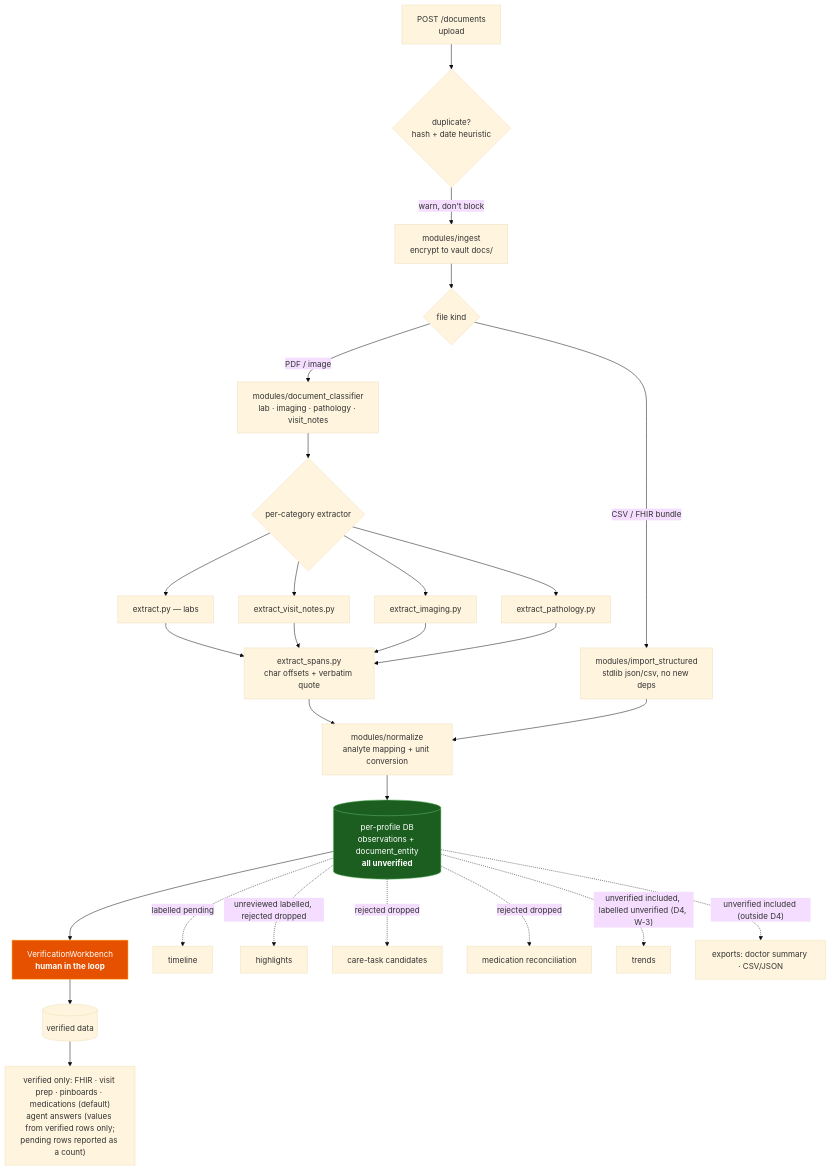
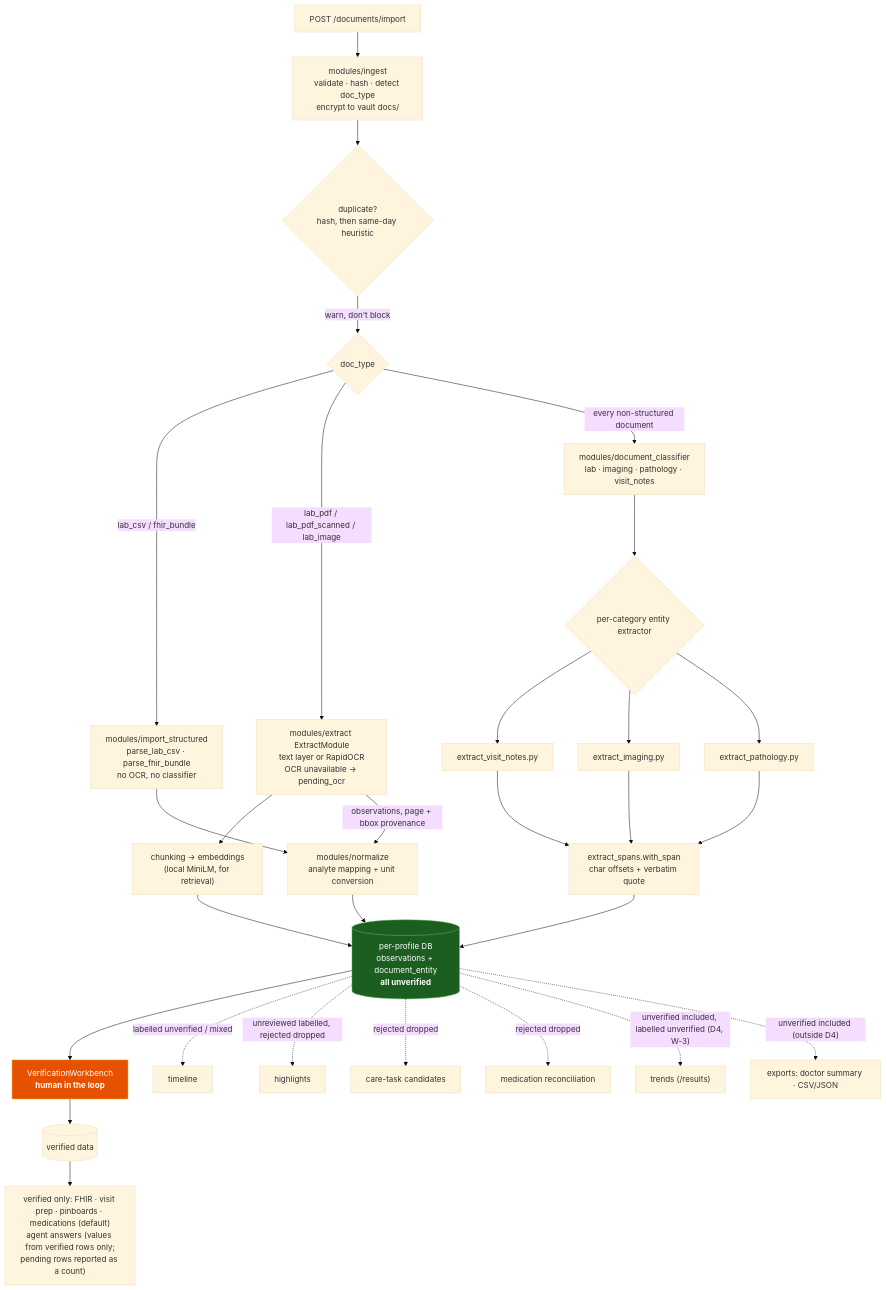
The first of 3 diagrams in docs/architecture/pipelines.md (BrooklynD23/HealthCentral), drawn with Mermaid (base theme) before and after one commit. The commit also changed other lines of this file and 20 other files, not shown here.

````diff
--- a/docs/architecture/pipelines.md
+++ b/docs/architecture/pipelines.md
@@ -17,35 +18,38 @@
 ```mermaid
 flowchart TD
-    UP["POST /documents<br/>upload"] --> DUP{"duplicate?<br/>hash + date heuristic"}
-    DUP -->|warn, don't block| ING["modules/ingest<br/>encrypt to vault docs/"]
+    UP["POST /documents/import"] --> ING["modules/ingest<br/>validate · hash · detect doc_type<br/>encrypt to vault docs/"]
+    ING --> DUP{"duplicate?<br/>hash, then same-day heuristic"}
+    DUP -->|"warn, don't block"| KIND{"doc_type"}
 
-    ING --> KIND{"file kind"}
-    KIND -->|"PDF / image"| CLS["modules/document_classifier<br/>lab · imaging · pathology · visit_notes"]
-    KIND -->|"CSV / FHIR bundle"| STRUCT["modules/import_structured<br/>stdlib json/csv, no new deps"]
+    KIND -->|"lab_csv / fhir_bundle"| STRUCT["modules/import_structured<br/>parse_lab_csv · parse_fhir_bundle<br/>no OCR, no classifier"]
+    KIND -->|"lab_pdf / lab_pdf_scanned / lab_image"| LAB["modules/extract ExtractModule<br/>text layer or RapidOCR<br/>OCR unavailable → pending_ocr"]
+    KIND -->|"every non-structured document"| CLS["modules/document_classifier<br/>lab · imaging · pathology · visit_notes"]
 
-    CLS --> EXT{"per-category extractor"}
-    EXT --> E1["extract.py — labs"]
+    LAB --> CHUNK["chunking → embeddings<br/>(local MiniLM, for retrieval)"]
+    CLS --> EXT{"per-category entity extractor"}
     EXT --> E2["extract_visit_notes.py"]
     EXT --> E3["extract_imaging.py"]
     EXT --> E4["extract_pathology.py"]
-    E1 & E2 & E3 & E4 --> SPANS["extract_spans.py<br/>char offsets + verbatim quote"]
+    E2 & E3 & E4 --> SPANS["extract_spans.with_span<br/>char offsets + verbatim quote"]
 
-    SPANS --> NORM["modules/normalize<br/>analyte mapping + unit conversion"]
+    LAB -->|"observations, page + bbox provenance"| NORM["modules/normalize<br/>analyte mapping + unit conversion"]
     STRUCT --> NORM
 
     NORM --> STORE[("per-profile DB<br/>observations + document_entity<br/><b>all unverified</b>")]
+    SPANS --> STORE
+    CHUNK --> STORE
 
     STORE --> VERIFY["VerificationWorkbench<br/><b>human in the loop</b>"]
     VERIFY --> VERIFIED[("verified data")]
 
     VERIFIED --> VONLY["verified only: FHIR · visit prep · pinboards · medications (default)<br/>agent answers (values from verified rows only;<br/>pending rows reported as a count)"]
-    STORE -.->|"labelled pending"| TL["timeline"]
+    STORE -.->|"labelled unverified / mixed"| TL["timeline"]
     STORE -.->|"unreviewed labelled, rejected dropped"| HL["highlights"]
     STORE -.->|"rejected dropped"| TASKS["care-task candidates"]
     STORE -.->|"rejected dropped"| RECON["medication reconciliation"]
-    STORE -.->|"unverified included, labelled unverified (D4, W-3)"| TRENDS["trends"]
+    STORE -.->|"unverified included, labelled unverified (D4, W-3)"| TRENDS["trends (/results)"]
     STORE -.->|"unverified included (outside D4)"| EXPU["exports: doctor summary · CSV/JSON"]
 
     style VERIFY fill:#e65100,stroke:#ff9800,color:#fff
     style STORE fill:#1b5e20,stroke:#66bb6a,color:#fff
 ```
````
